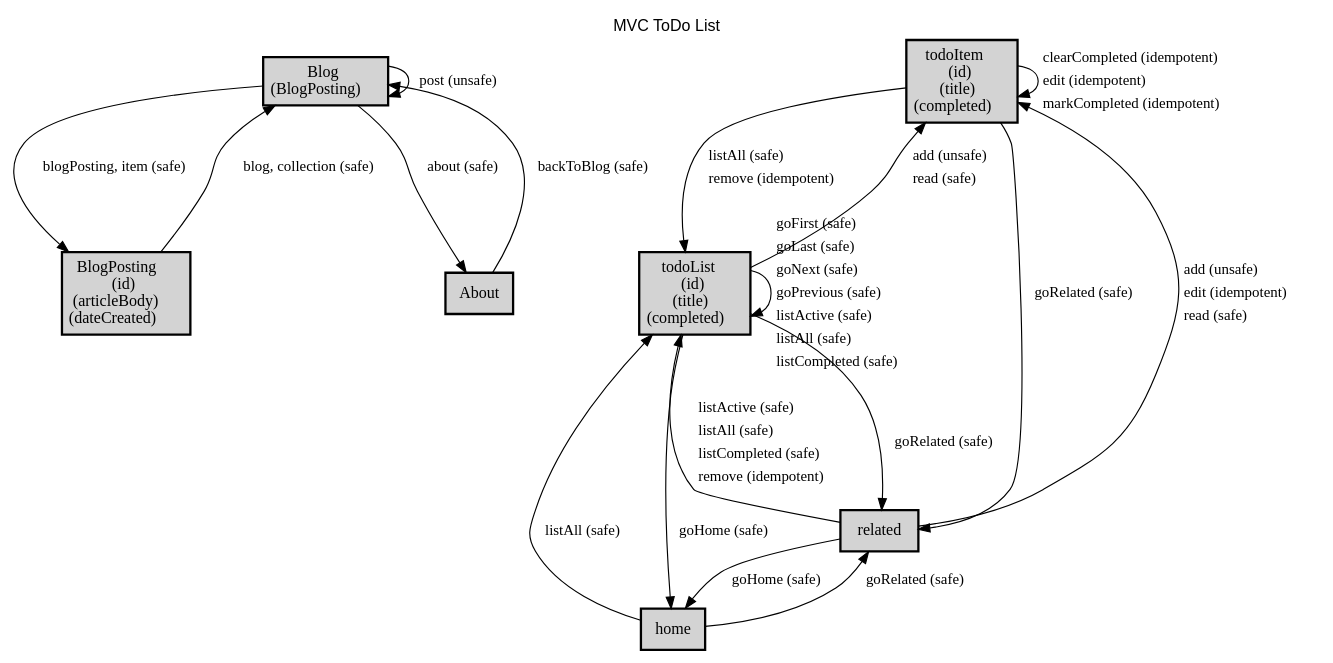
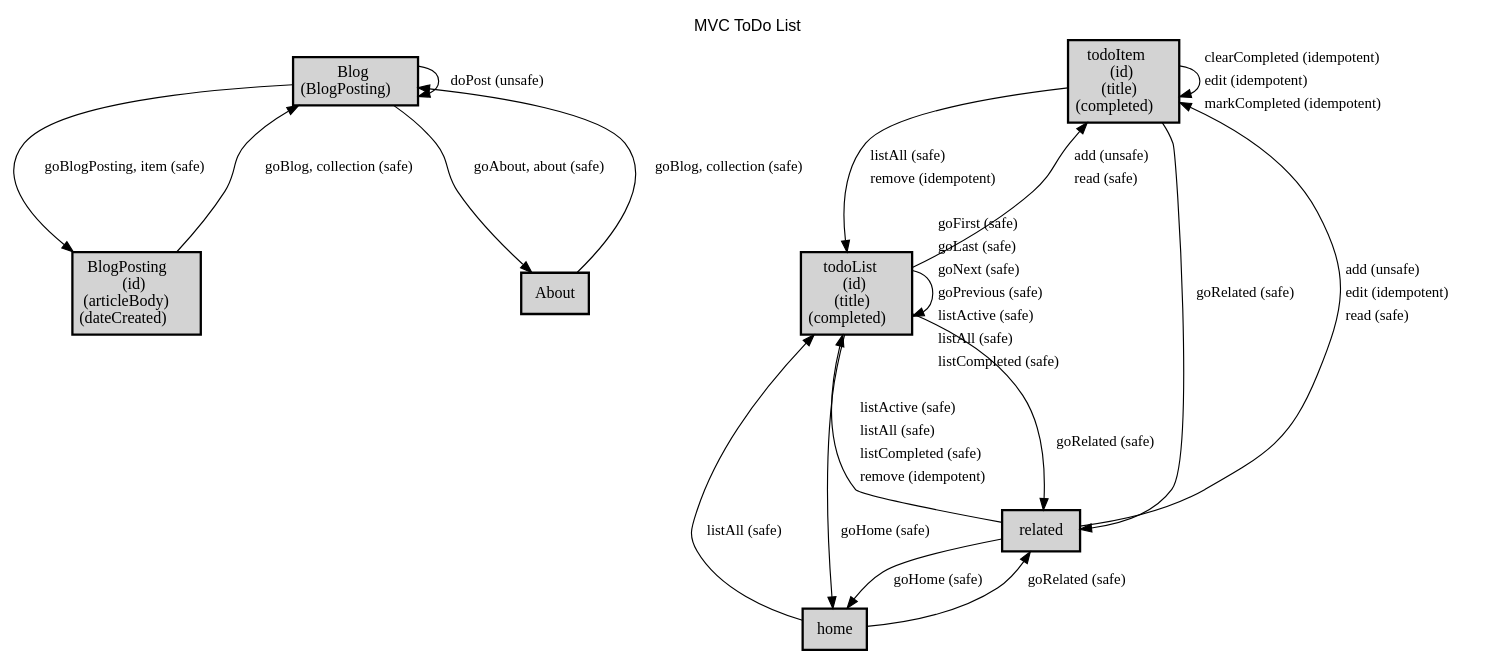
One commit to alps-asd/app-state-diagram changed the diagram in docs/todomvc/profile.dot. Above: the diagram before and after it, drawn with Graphviz. The commit also changed 17 other files, not shown here.

```diff
--- a/docs/todomvc/profile.dot
+++ b/docs/todomvc/profile.dot
@@ -1,37 +1,37 @@
 digraph application_state_diagram {
   graph [
     labelloc="t";
     fontname="Helvetica"
     label="MVC ToDo List";
     URL="index.html" target="_parent"
   ];
   node [shape = box, style = "bold,filled" fillcolor="lightgray"];
 
     Blog [margin=0.02, label=<<table cellspacing="0" cellpadding="5" border="0"><tr><td>Blog<br />(BlogPosting)<br /></td></tr></table>>,shape=box URL="docs/semantic.Blog.html" target="_parent"]
     BlogPosting [margin=0.02, label=<<table cellspacing="0" cellpadding="5" border="0"><tr><td>BlogPosting<br />(id)<br />(articleBody)<br />(dateCreated)<br /></td></tr></table>>,shape=box URL="docs/semantic.BlogPosting.html" target="_parent"]
     todoItem [margin=0.02, label=<<table cellspacing="0" cellpadding="5" border="0"><tr><td>todoItem<br />(id)<br />(title)<br />(completed)<br /></td></tr></table>>,shape=box URL="docs/semantic.todoItem.html" target="_parent"]
     todoList [margin=0.02, label=<<table cellspacing="0" cellpadding="5" border="0"><tr><td>todoList<br />(id)<br />(title)<br />(completed)<br /></td></tr></table>>,shape=box URL="docs/semantic.todoList.html" target="_parent"]
 
-    About -> Blog [label = "backToBlog (safe)" URL="docs/safe.backToBlog.html" target="_parent" fontsize=13];
-    Blog -> About [label = "about (safe)" URL="docs/safe.about.html" target="_parent" fontsize=13];
-    Blog -> Blog [label = "post (unsafe)" URL="docs/unsafe.post.html" target="_parent" fontsize=13];
-    Blog -> BlogPosting [label = "blogPosting, item (safe)" URL="docs/safe.blogPosting.html" target="_parent" fontsize=13];
-    BlogPosting -> Blog [label = "blog, collection (safe)" URL="docs/safe.blog.html" target="_parent" fontsize=13];
+    About -> Blog [label = "goBlog, collection (safe)" URL="docs/safe.goBlog.html" target="_parent" fontsize=13];
+    Blog -> About [label = "goAbout, about (safe)" URL="docs/safe.goAbout.html" target="_parent" fontsize=13];
+    Blog -> Blog [label = "doPost (unsafe)" URL="docs/unsafe.doPost.html" target="_parent" fontsize=13];
+    Blog -> BlogPosting [label = "goBlogPosting, item (safe)" URL="docs/safe.goBlogPosting.html" target="_parent" fontsize=13];
+    BlogPosting -> Blog [label = "goBlog, collection (safe)" URL="docs/safe.goBlog.html" target="_parent" fontsize=13];
     home -> related [label = "goRelated (safe)" URL="docs/safe.goRelated.html" target="_parent" fontsize=13];
     home -> todoList [label = "listAll (safe)" URL="docs/safe.listAll.html" target="_parent" fontsize=13];
     related -> home [label = "goHome (safe)" URL="docs/safe.goHome.html" target="_parent" fontsize=13];
     related -> todoItem [label=<<table  border="0"><tr><td align="left" href="docs/unsafe.add.html">add (unsafe)</td></tr><tr><td align="left" href="docs/idempotent.edit.html">edit (idempotent)</td></tr><tr><td align="left" href="docs/safe.read.html">read (safe)</td></tr></table>> fontsize=13];
     related -> todoList [label=<<table  border="0"><tr><td align="left" href="docs/safe.listActive.html">listActive (safe)</td></tr><tr><td align="left" href="docs/safe.listAll.html">listAll (safe)</td></tr><tr><td align="left" href="docs/safe.listCompleted.html">listCompleted (safe)</td></tr><tr><td align="left" href="docs/idempotent.remove.html">remove (idempotent)</td></tr></table>> fontsize=13];
     todoItem -> related [label = "goRelated (safe)" URL="docs/safe.goRelated.html" target="_parent" fontsize=13];
     todoItem -> todoItem [label=<<table  border="0"><tr><td align="left" href="docs/idempotent.clearCompleted.html">clearCompleted (idempotent)</td></tr><tr><td align="left" href="docs/idempotent.edit.html">edit (idempotent)</td></tr><tr><td align="left" href="docs/idempotent.markCompleted.html">markCompleted (idempotent)</td></tr></table>> fontsize=13];
     todoItem -> todoList [label=<<table  border="0"><tr><td align="left" href="docs/safe.listAll.html">listAll (safe)</td></tr><tr><td align="left" href="docs/idempotent.remove.html">remove (idempotent)</td></tr></table>> fontsize=13];
     todoList -> home [label = "goHome (safe)" URL="docs/safe.goHome.html" target="_parent" fontsize=13];
     todoList -> related [label = "goRelated (safe)" URL="docs/safe.goRelated.html" target="_parent" fontsize=13];
     todoList -> todoItem [label=<<table  border="0"><tr><td align="left" href="docs/unsafe.add.html">add (unsafe)</td></tr><tr><td align="left" href="docs/safe.read.html">read (safe)</td></tr></table>> fontsize=13];
     todoList -> todoList [label=<<table  border="0"><tr><td align="left" href="docs/safe.goFirst.html">goFirst (safe)</td></tr><tr><td align="left" href="docs/safe.goLast.html">goLast (safe)</td></tr><tr><td align="left" href="docs/safe.goNext.html">goNext (safe)</td></tr><tr><td align="left" href="docs/safe.goPrevious.html">goPrevious (safe)</td></tr><tr><td align="left" href="docs/safe.listActive.html">listActive (safe)</td></tr><tr><td align="left" href="docs/safe.listAll.html">listAll (safe)</td></tr><tr><td align="left" href="docs/safe.listCompleted.html">listCompleted (safe)</td></tr></table>> fontsize=13];
 
     About [URL="docs/semantic.About.html" target="_parent"]
     home [URL="docs/semantic.home.html" target="_parent"]
     related [URL="docs/semantic.related.html" target="_parent"]
 
 }
```
